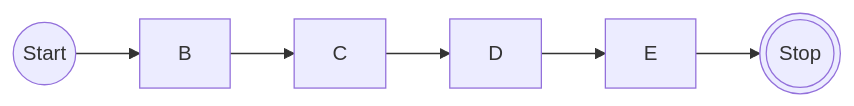
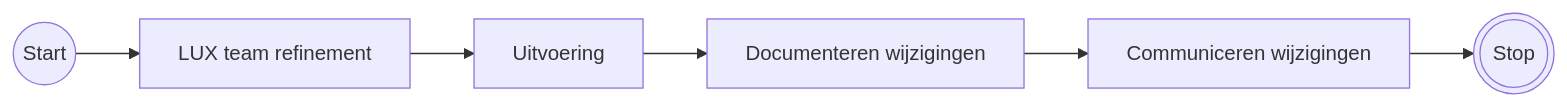
The sixth of 8 diagrams in PROCESSES.md (nl-design-system/lux), drawn with Mermaid before and after one commit. The commit also changed other lines of this file, not shown here.

Commit message:
End of day - tweaks to the flows

````diff
--- a/PROCESSES.md
+++ b/PROCESSES.md
@@ -179,10 +177,10 @@
 ```mermaid
 flowchart LR
 A@{shape: circle, label: "Start"}
 Z@{shape: double-circle, label: "Stop"}
-A-->B
-B-->C
-C-->D
-D-->E
+A-->B[LUX team refinement]
+B-->C[Uitvoering]
+C-->D[Documenteren wijzigingen]
+D-->E[Communiceren wijzigingen]
 E-->Z
 ```
````
